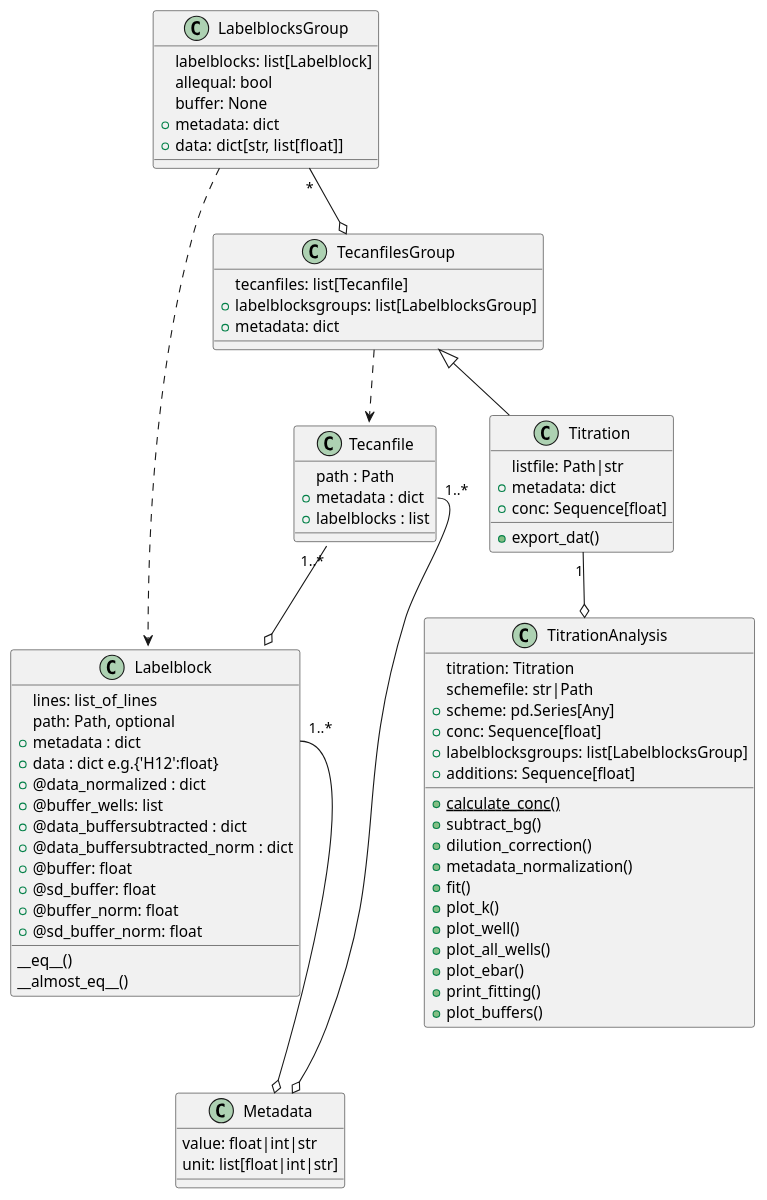
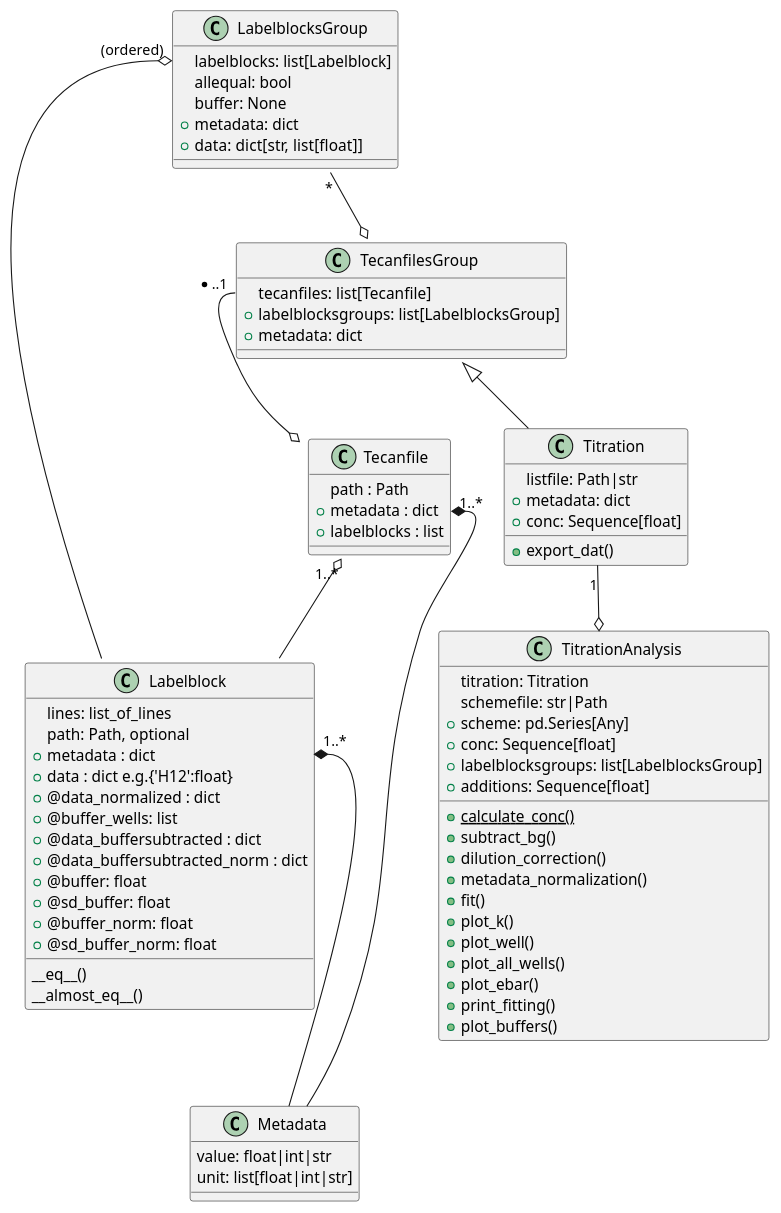
Before and after one commit to darosio/ClopHfit: the diagram in docs/api/prtecan.uml.rst, drawn with PlantUML. The commit also changed 2 other files, not shown here.

Commit message:
docs: update uml

```diff
--- a/docs/api/prtecan.uml.rst
+++ b/docs/api/prtecan.uml.rst
@@ -1,10 +1,5 @@
 .. uml::
-   
-   class Metadata{
-     value: float|int|str
-	 unit: list[float|int|str]
-   }
-   
+      
    class Labelblock{
      lines: list_of_lines
 	 path: Path, optional
@@ -22,22 +17,20 @@
      __almost_eq__()
    }
 
-   Tecanfile "1..*" --o Labelblock
-   Tecanfile::metadata "1..*" --o Metadata
-   Labelblock::metadata "1..*" --o Metadata
-
    class Tecanfile{
      path : Path
 	 +metadata : dict
 	 +labelblocks : list
    }
 
-   LabelblocksGroup ..> Labelblock
-   TecanfilesGroup ..> Tecanfile
+   class Metadata{
+     value: float|int|str
+	 unit: list[float|int|str]
+   }
 
-   LabelblocksGroup "*" --o TecanfilesGroup
-   TecanfilesGroup <|-- Titration
-   Titration "1" --o TitrationAnalysis
+   Tecanfile "1..*" o-- Labelblock
+   Tecanfile::metadata "1..*" *-- Metadata
+   Labelblock::metadata "1..*" *-- Metadata
 
    class LabelblocksGroup{
      labelblocks: list[Labelblock]
@@ -46,12 +39,20 @@
 	 +metadata: dict
 	 +data: dict[str, list[float]]
    }
+   
+   LabelblocksGroup::labelblocks "(ordered)" o-- Labelblock
+
+   LabelblocksGroup "*" --o TecanfilesGroup
+   TecanfilesGroup <|-- Titration
+   Titration "1" --o TitrationAnalysis
 
    class TecanfilesGroup{
      tecanfiles: list[Tecanfile]
 	 +labelblocksgroups: list[LabelblocksGroup]
 	 +metadata: dict
    }
+
+   TecanfilesGroup::tecanfiles "*..1" --o Tecanfile
 
    class Titration{
      listfile: Path|str
```
